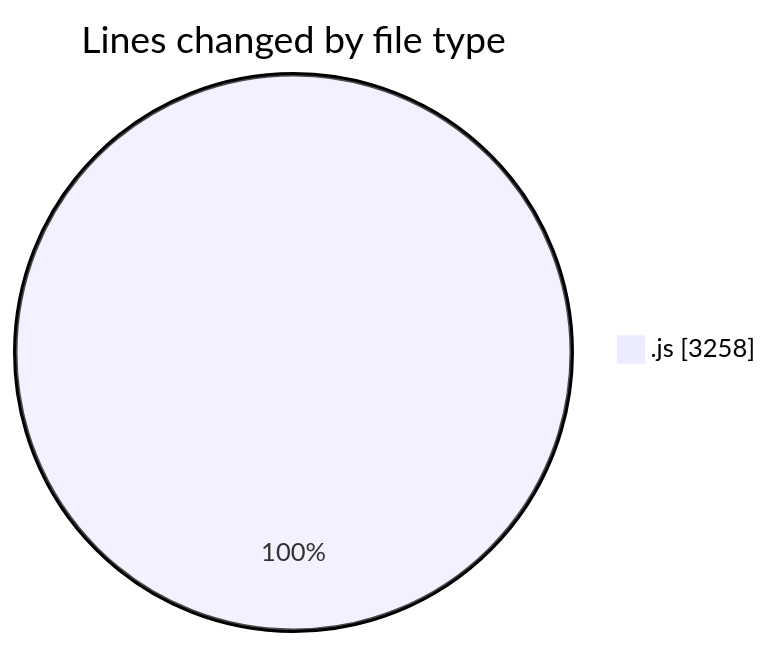
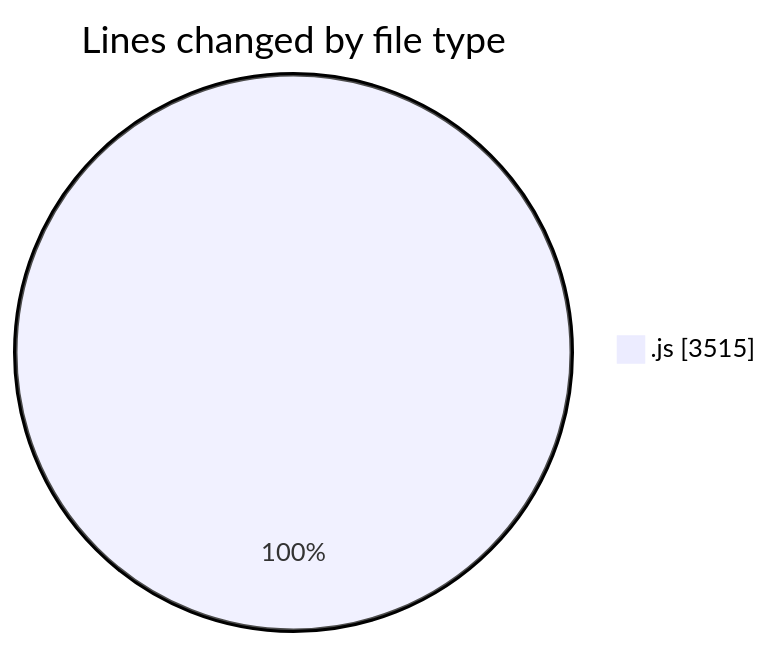
Before and after one commit to nxtqubesakshisongat/code-tracking: the first of 2 diagrams in 2025-09-02/nxtqube_webapp/README.md, drawn with Mermaid. The commit also changed other lines of this file and 1 other file, not shown here.

````diff
--- a/2025-09-02/nxtqube_webapp/README.md
+++ b/2025-09-02/nxtqube_webapp/README.md
@@ -20,5 +20,5 @@
 ```mermaid
 pie showData
 title Lines changed by file type
-".js" : 3258
+".js" : 3515
 ```
````
